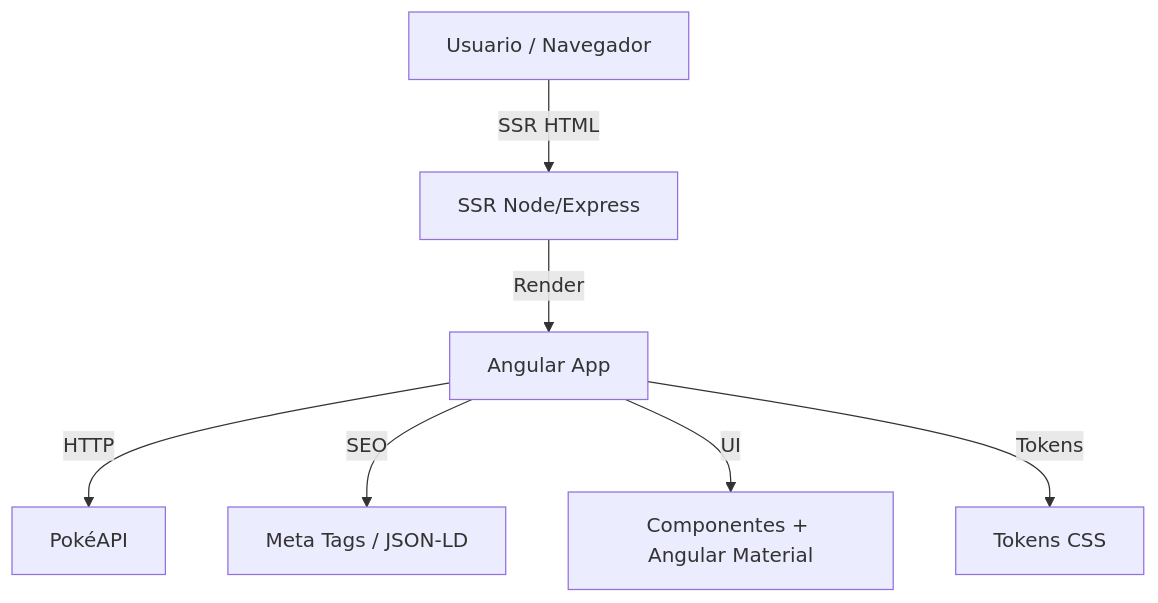
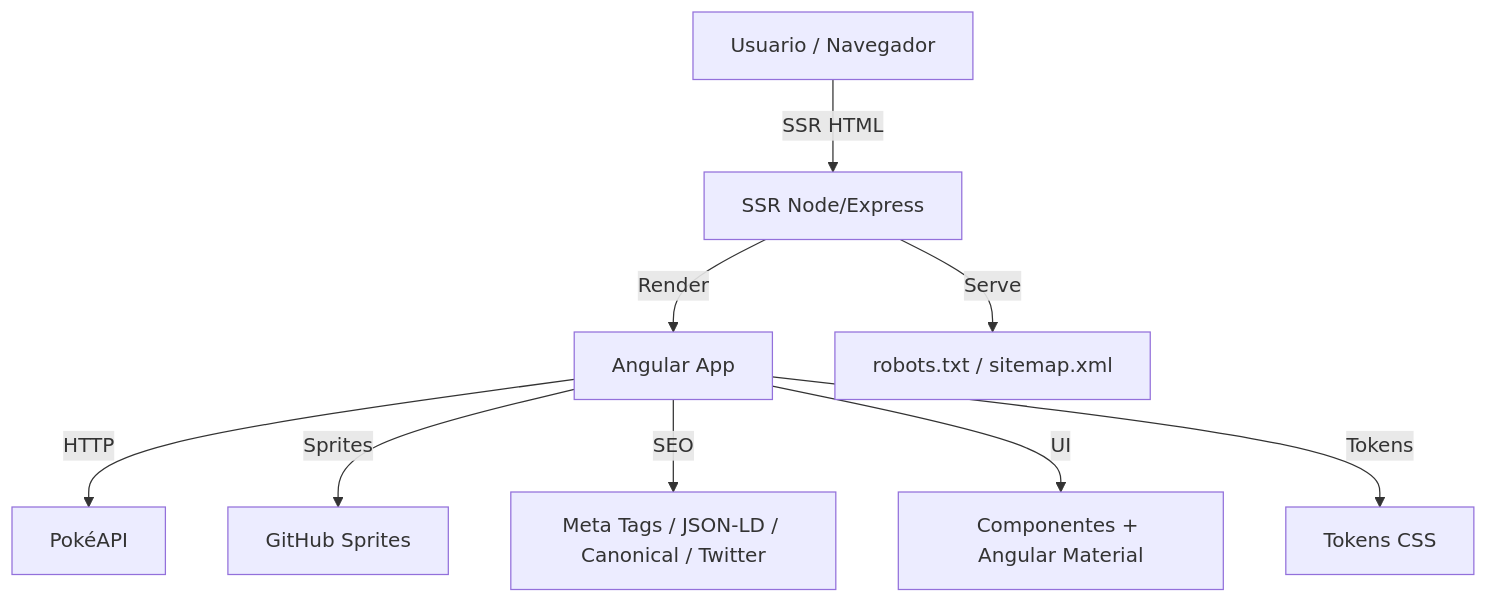
The diagram in README.md (PauloMachadoSilva/pokemon-rededor), drawn with Mermaid before and after one commit.

Commit message:
feat: ajuste no diagrama

````diff
--- a/README.md
+++ b/README.md
@@ -14,9 +14,11 @@
 ```mermaid
 graph TD
   U[Usuario / Navegador] -->|SSR HTML| S[SSR Node/Express]
   S -->|Render| A[Angular App]
+  S -->|Serve| R[robots.txt / sitemap.xml]
   A -->|HTTP| P[PokéAPI]
-  A -->|SEO| M[Meta Tags / JSON-LD]
+  A -->|Sprites| G[GitHub Sprites]
+  A -->|SEO| M[Meta Tags / JSON-LD / Canonical / Twitter]
   A -->|UI| C[Componentes + Angular Material]
   A -->|Tokens| T[Tokens CSS]
 ```
````
